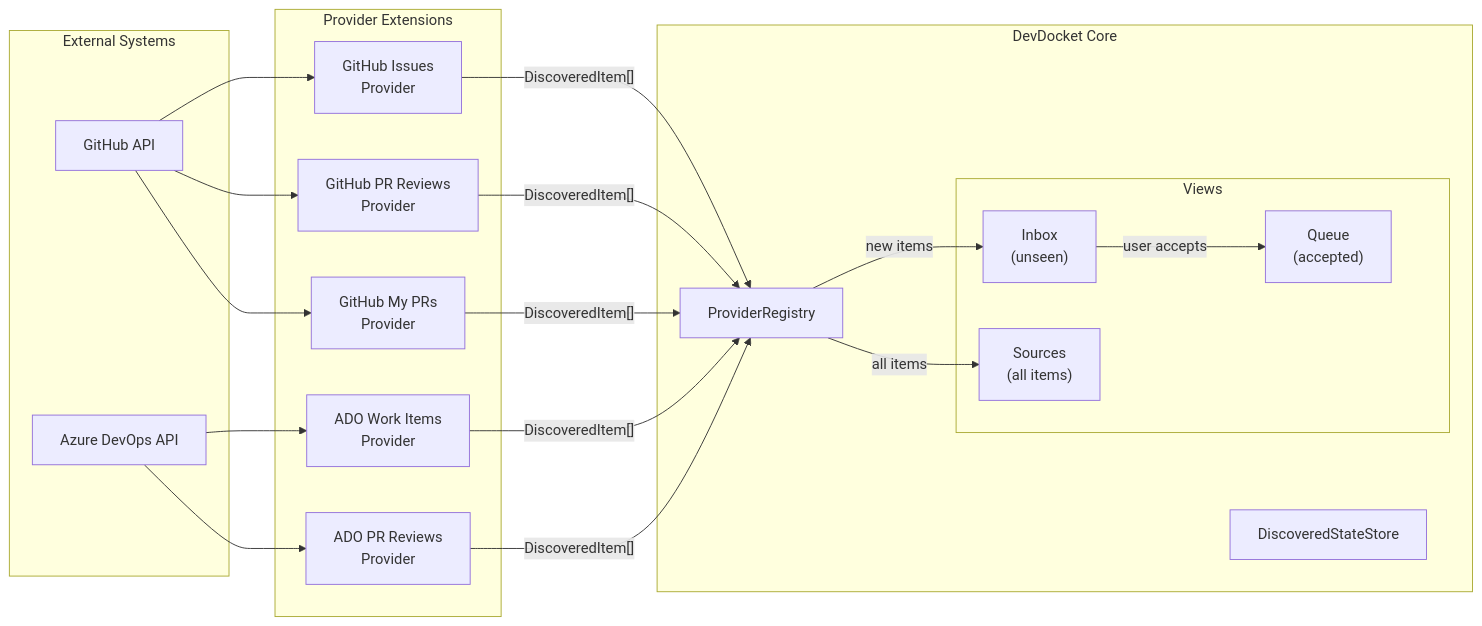
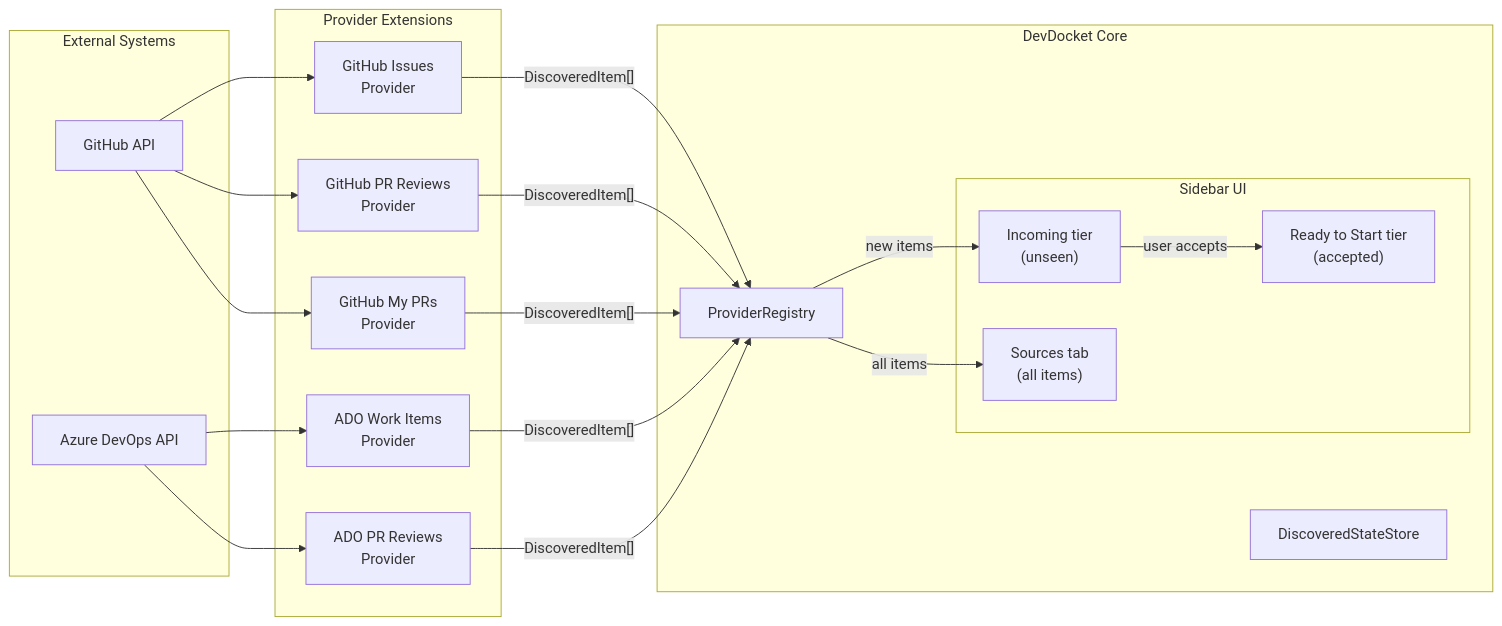
Before and after one commit to devdocket/devdocket: the first of 3 diagrams in docs/provider-discovery.md, drawn with Mermaid. The commit also changed other lines of this file and 10 other files, not shown here.

````diff
--- a/docs/provider-discovery.md
+++ b/docs/provider-discovery.md
@@ -25,41 +25,41 @@
 ```mermaid
 flowchart LR
     subgraph External["External Systems"]
         GH["GitHub API"]
         ADO["Azure DevOps API"]
     end
 
     subgraph Providers["Provider Extensions"]
         GHI["GitHub Issues<br/>Provider"]
         GHPR["GitHub PR Reviews<br/>Provider"]
         GHMY["GitHub My PRs<br/>Provider"]
         ADOWI["ADO Work Items<br/>Provider"]
         ADOPR["ADO PR Reviews<br/>Provider"]
     end
 
     subgraph Core["DevDocket Core"]
         PR["ProviderRegistry"]
         SS["DiscoveredStateStore"]
-        subgraph Views
-            Inbox["Inbox<br/>(unseen)"]
-            Sources["Sources<br/>(all items)"]
-            Queue["Queue<br/>(accepted)"]
+        subgraph UI["Sidebar UI"]
+            Incoming["Incoming tier<br/>(unseen)"]
+            Sources["Sources tab<br/>(all items)"]
+            Ready["Ready to Start tier<br/>(accepted)"]
         end
     end
 
     GH --> GHI
     GH --> GHPR
     GH --> GHMY
     ADO --> ADOWI
     ADO --> ADOPR
 
     GHI -- "DiscoveredItem[]" --> PR
     GHPR -- "DiscoveredItem[]" --> PR
     GHMY -- "DiscoveredItem[]" --> PR
     ADOWI -- "DiscoveredItem[]" --> PR
     ADOPR -- "DiscoveredItem[]" --> PR
 
-    PR -- "new items" --> Inbox
+    PR -- "new items" --> Incoming
     PR -- "all items" --> Sources
-    Inbox -- "user accepts" --> Queue
+    Incoming -- "user accepts" --> Ready
 ```
````
